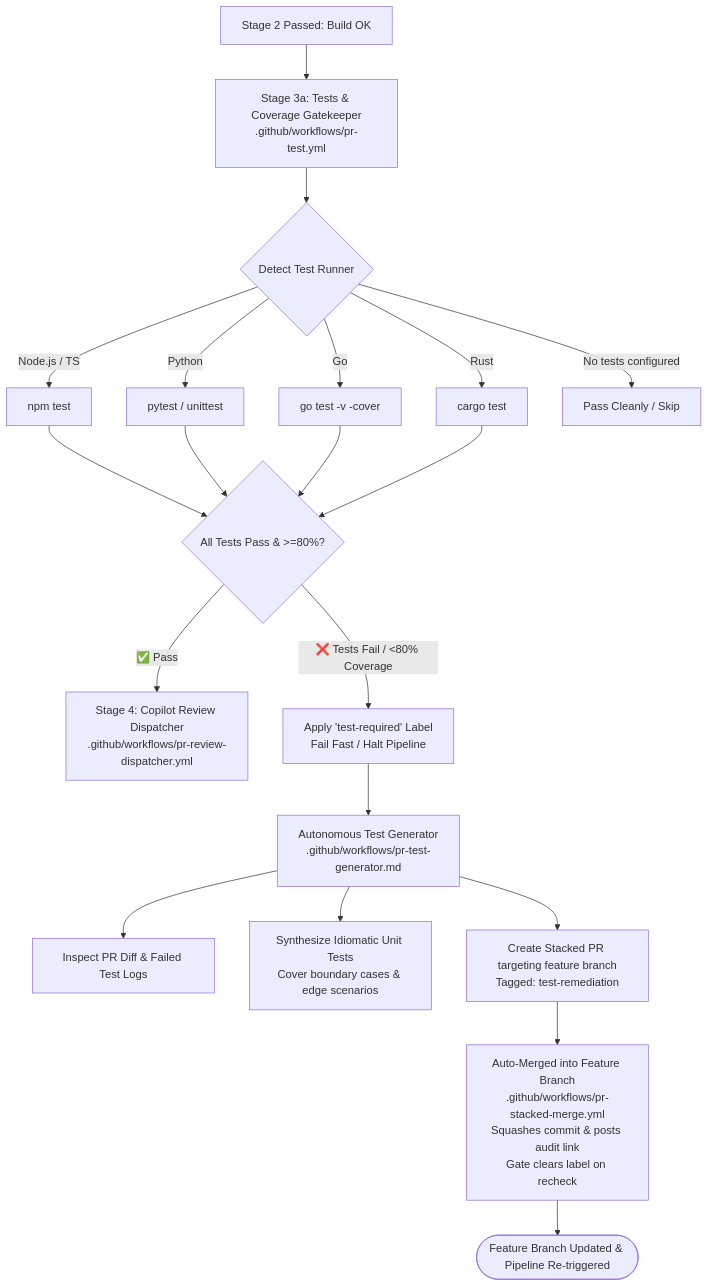
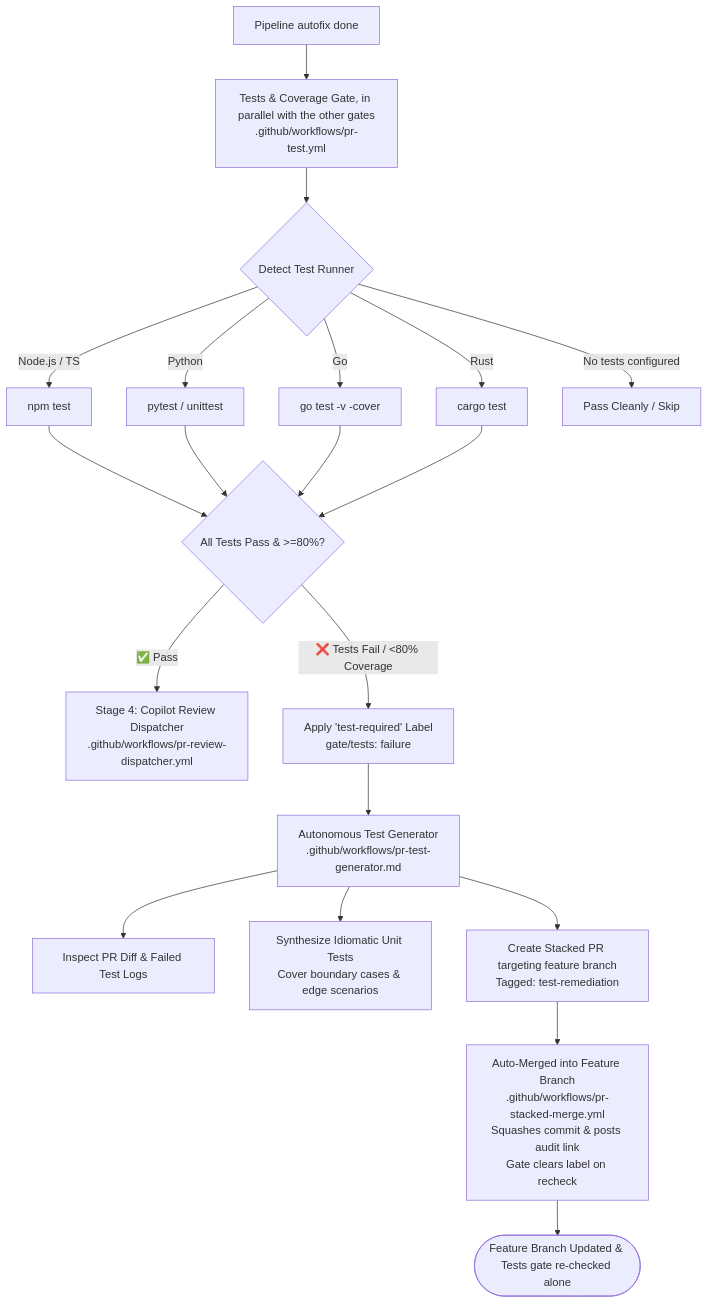
Before and after one commit to SitoaderOrg/ForgeFlow: the diagram in docs/pr-test-and-generator.md, drawn with Mermaid. The commit also changed 28 other files, not shown here.

First line of the commit message:
feat(ci): run PR quality gates in parallel with per-gate rechecks

````diff
--- a/docs/pr-test-and-generator.md
+++ b/docs/pr-test-and-generator.md
@@ -9,27 +9,27 @@
 ```mermaid
 flowchart TD
-    BuildPass[Stage 2 Passed: Build OK] --> TestGate[Stage 3a: Tests & Coverage Gatekeeper\n.github/workflows/pr-test.yml]
+    BuildPass[Pipeline autofix done] --> TestGate[Tests & Coverage Gate, in parallel with the other gates\n.github/workflows/pr-test.yml]
     
     TestGate --> PolyglotDetect{Detect Test Runner}
     PolyglotDetect -->|Node.js / TS| RunNpm[npm test]
     PolyglotDetect -->|Python| RunPytest[pytest / unittest]
     PolyglotDetect -->|Go| RunGo[go test -v -cover]
     PolyglotDetect -->|Rust| RunCargo[cargo test]
     PolyglotDetect -->|No tests configured| PassClean[Pass Cleanly / Skip]
 
     RunNpm --> StatusCheck{All Tests Pass & >=80%?}
     RunPytest --> StatusCheck
     RunGo --> StatusCheck
     RunCargo --> StatusCheck
 
     StatusCheck -->|✅ Pass| NextGate[Stage 4: Copilot Review Dispatcher\n.github/workflows/pr-review-dispatcher.yml]
-    StatusCheck -->|❌ Tests Fail / <80% Coverage| AddLabel[Apply 'test-required' Label\nFail Fast / Halt Pipeline]
+    StatusCheck -->|❌ Tests Fail / <80% Coverage| AddLabel[Apply 'test-required' Label\ngate/tests: failure]
 
     AddLabel --> Generator[Autonomous Test Generator\n.github/workflows/pr-test-generator.md]
     Generator --> Inspect[Inspect PR Diff & Failed Test Logs]
     Generator --> Synthesize[Synthesize Idiomatic Unit Tests\nCover boundary cases & edge scenarios]
     Generator --> StackedPR[Create Stacked PR targeting feature branch\nTagged: test-remediation]
 
     StackedPR --> AutoMerge[Auto-Merged into Feature Branch\n.github/workflows/pr-stacked-merge.yml\nSquashes commit & posts audit link\nGate clears label on recheck]
-    AutoMerge --> Recheck([Feature Branch Updated & Pipeline Re-triggered])
+    AutoMerge --> Recheck([Feature Branch Updated & Tests gate re-checked alone])
 ```
````
